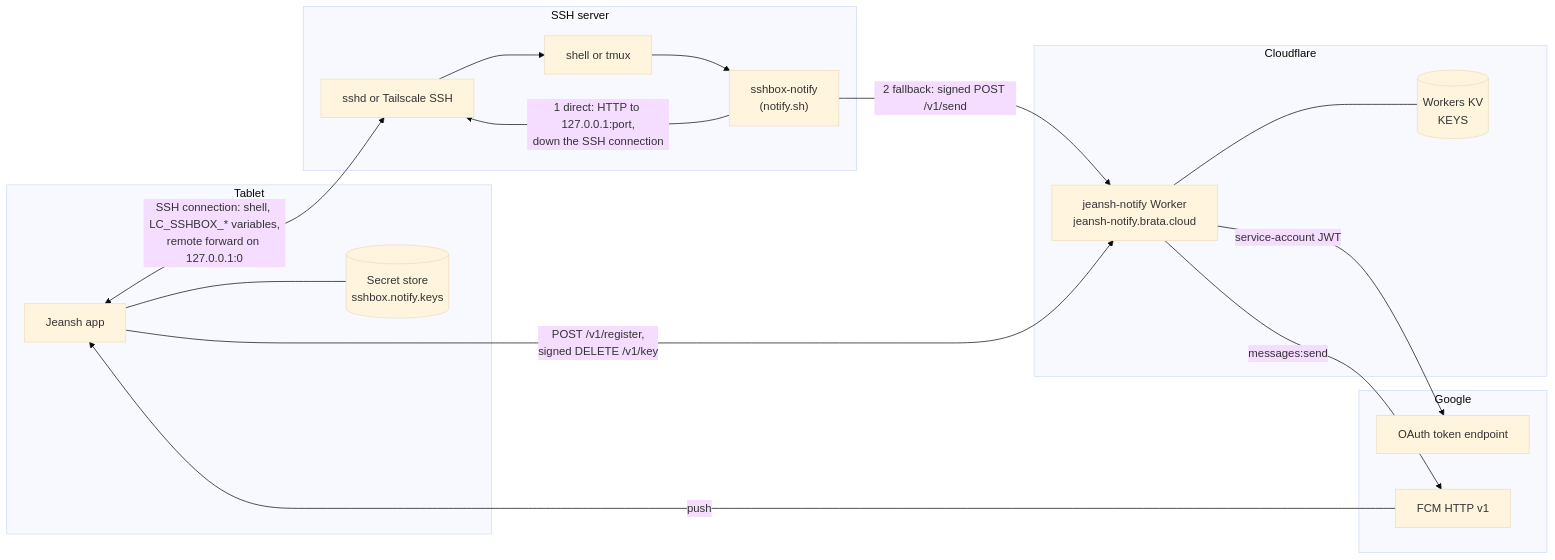
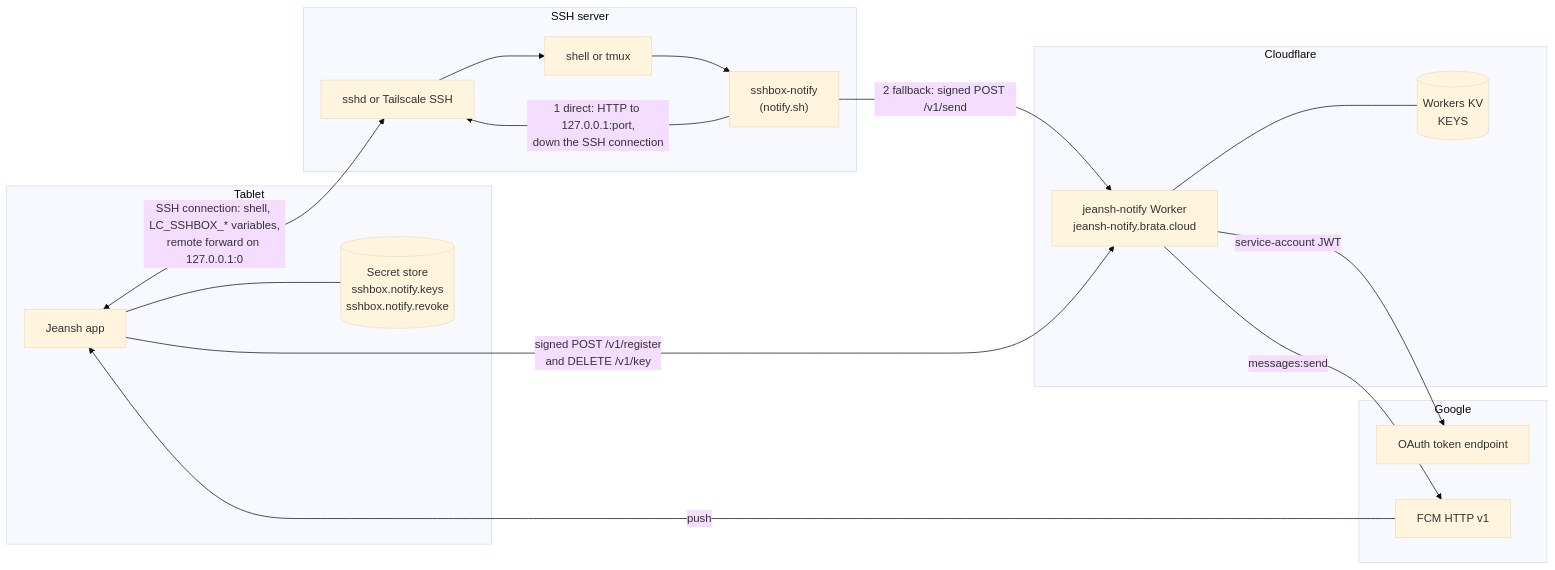
The first of 8 diagrams in docs/notification-architecture.md (triasbrata/sshbox), drawn with Mermaid (base theme) before and after one commit. The commit also changed other lines of this file and 7 other files, not shown here.

First line of the commit message:
Notifications can't reach the wrong phone: signed register, reliable revoke

````diff
--- a/docs/notification-architecture.md
+++ b/docs/notification-architecture.md
@@ -19,31 +19,31 @@
 ```mermaid
 flowchart LR
   subgraph Tablet
     App["Jeansh app"]
-    Store[("Secret store<br/>sshbox.notify.keys")]
+    Store[("Secret store<br/>sshbox.notify.keys<br/>sshbox.notify.revoke")]
   end
   subgraph Server["SSH server"]
     SSHD["sshd or Tailscale SSH"]
     Shell["shell or tmux"]
     Notify["sshbox-notify<br/>(notify.sh)"]
   end
   subgraph Cloudflare
     Relay["jeansh-notify Worker<br/>jeansh-notify.brata.cloud"]
     KV[("Workers KV<br/>KEYS")]
   end
   subgraph Google
     OAuth["OAuth token endpoint"]
     FCM["FCM HTTP v1"]
   end
 
   App --- Store
   App <-->|"SSH connection: shell, LC_SSHBOX_* variables,<br/>remote forward on 127.0.0.1:0"| SSHD
   SSHD --> Shell --> Notify
   Notify -->|"1 direct: HTTP to 127.0.0.1:port,<br/>down the SSH connection"| SSHD
   Notify -->|"2 fallback: signed POST /v1/send"| Relay
-  App -->|"POST /v1/register,<br/>signed DELETE /v1/key"| Relay
+  App -->|"signed POST /v1/register<br/>and DELETE /v1/key"| Relay
   Relay --- KV
   Relay -->|"service-account JWT"| OAuth
   Relay -->|"messages:send"| FCM
   FCM -->|"push"| App
 ```
````
